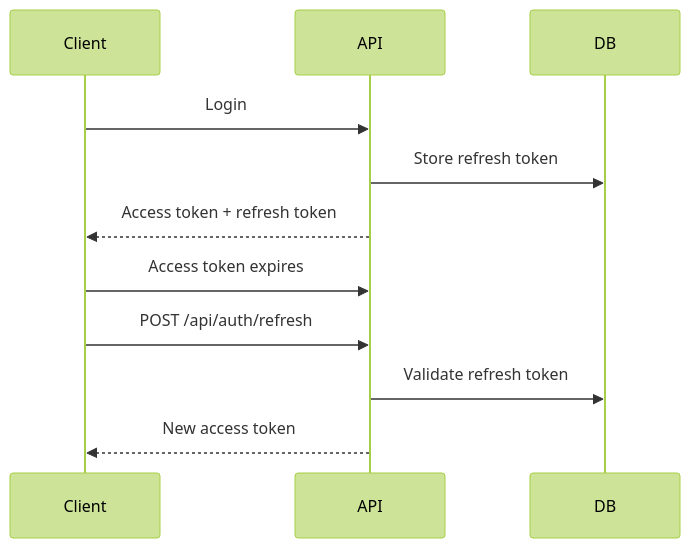
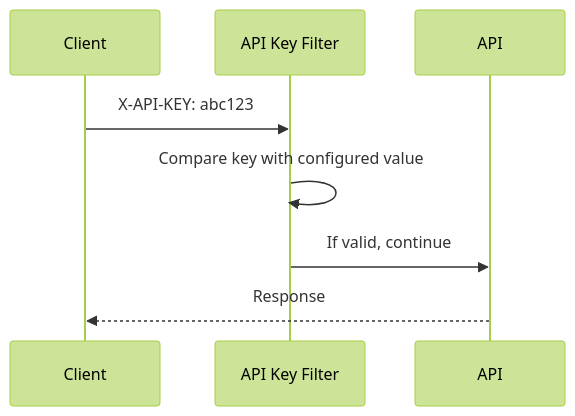
One commit to mthaiseer/springcloud-systemdesign-notes changed diagram 11 of 19 in HLD_NOTES/003_TECHNOLOGY_DEEP_DIVE/spring_boot_auth_authz_visual_reference.md. Above: the diagram before and after it, drawn with Mermaid (forest theme). The commit also changed other lines of this file and 19 other files, not shown here.

````diff
--- a/HLD_NOTES/003_TECHNOLOGY_DEEP_DIVE/spring_boot_auth_authz_visual_reference.md
+++ b/HLD_NOTES/003_TECHNOLOGY_DEEP_DIVE/spring_boot_auth_authz_visual_reference.md
@@ -783,14 +961,11 @@
 ```mermaid
 sequenceDiagram
-    participant C as Client
-    participant API as API
-    participant DB as DB
+    participant Client
+    participant Filter as API Key Filter
+    participant API
 
-    C->>API: Login
-    API->>DB: Store refresh token
-    API-->>C: Access token + refresh token
-    C->>API: Access token expires
-    C->>API: POST /api/auth/refresh
-    API->>DB: Validate refresh token
-    API-->>C: New access token
+    Client->>Filter: X-API-KEY: abc123
+    Filter->>Filter: Compare key with configured value
+    Filter->>API: If valid, continue
+    API-->>Client: Response
 ```
````
